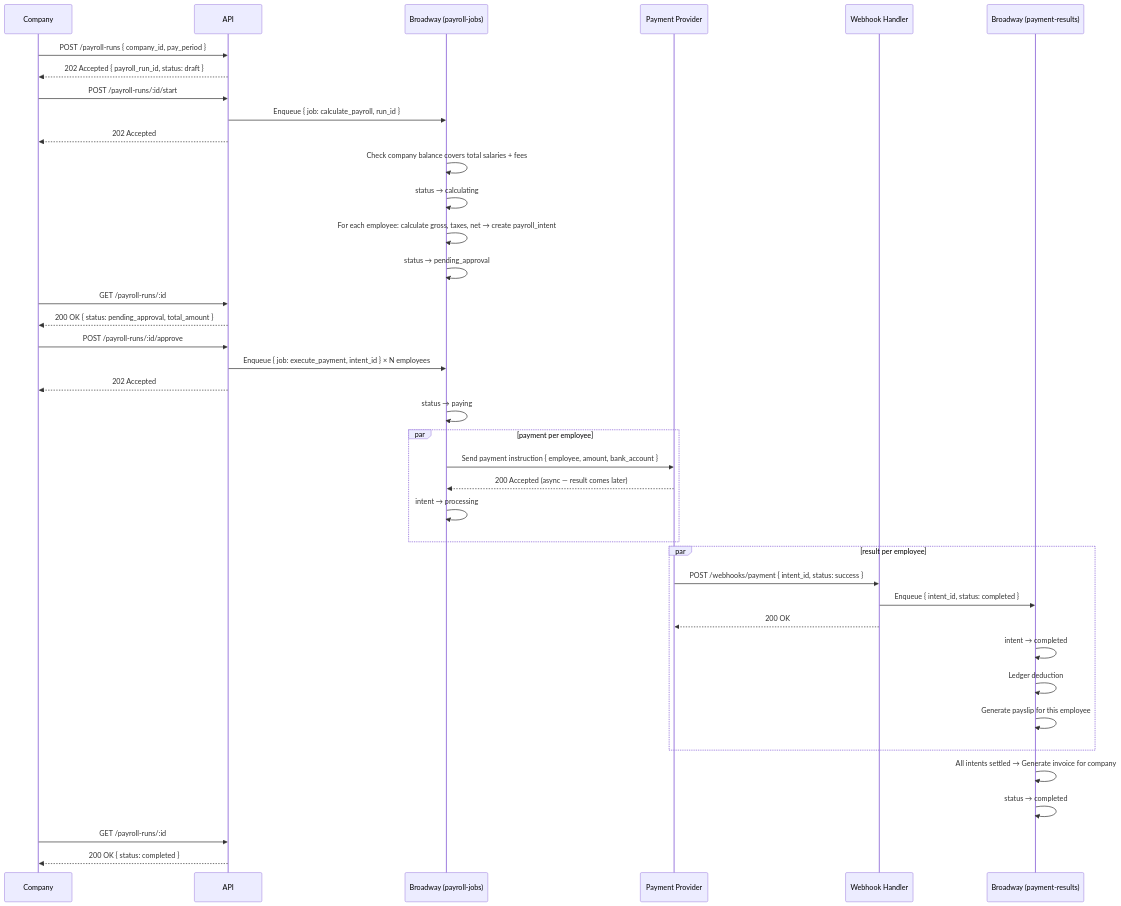
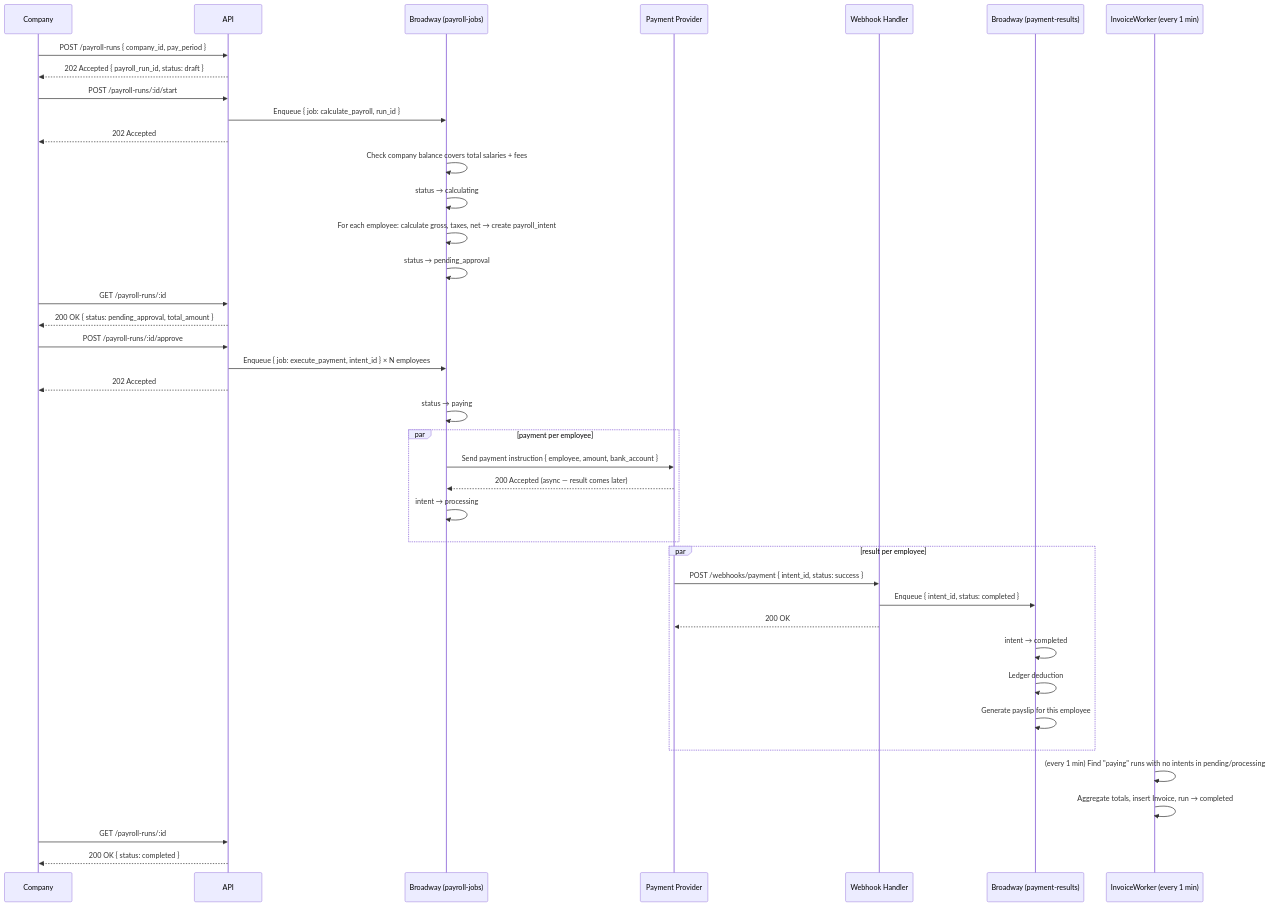
One commit to jpdealba/global_payroll changed the first of 4 diagrams in Docs/1.5- SEQUENCE.md. Above: the diagram before and after it, drawn with Mermaid. The commit also changed other lines of this file and 3 other files, not shown here.

Commit message:
Update documentation for requirements, sequence, API design, and architecture.

````diff
--- a/Docs/1.5- SEQUENCE.md
+++ b/Docs/1.5- SEQUENCE.md
@@ -5,56 +5,57 @@
 ```mermaid
 sequenceDiagram
     participant Company
     participant API
     participant Worker as Broadway (payroll-jobs)
     participant Provider as Payment Provider
     participant Webhook as Webhook Handler
     participant Results as Broadway (payment-results)
+    participant Invoice as InvoiceWorker (every 1 min)
 
     %% Company creates the payroll run
     Company->>API: POST /payroll-runs { company_id, pay_period }
     API-->>Company: 202 Accepted { payroll_run_id, status: draft }
 
     %% Company triggers calculation
     Company->>API: POST /payroll-runs/:id/start
     API->>Worker: Enqueue { job: calculate_payroll, run_id }
     API-->>Company: 202 Accepted
 
     %% Worker calculates in the background
     Worker->>Worker: Check company balance covers total salaries + fees
     Worker->>Worker: status → calculating
     Worker->>Worker: For each employee: calculate gross, taxes, net → create payroll_intent
     Worker->>Worker: status → pending_approval
 
     Company->>API: GET /payroll-runs/:id
     API-->>Company: 200 OK { status: pending_approval, total_amount }
 
     %% Company approves — one message per intent enqueued
     Company->>API: POST /payroll-runs/:id/approve
     API->>Worker: Enqueue { job: execute_payment, intent_id } × N employees
     API-->>Company: 202 Accepted
     Worker->>Worker: status → paying
 
     %% Broadway processes each intent independently
     par payment per employee
         Worker->>Provider: Send payment instruction { employee, amount, bank_account }
         Provider-->>Worker: 200 Accepted (async — result comes later)
         Worker->>Worker: intent → processing
     end
 
     %% Provider calls our webhook when each payment settles
     par result per employee
         Provider->>Webhook: POST /webhooks/payment { intent_id, status: success }
         Webhook->>Results: Enqueue { intent_id, status: completed }
         Webhook-->>Provider: 200 OK
         Results->>Results: intent → completed
         Results->>Results: Ledger deduction
         Results->>Results: Generate payslip for this employee
     end
 
-    Results->>Results: All intents settled → Generate invoice for company
-    Results->>Results: status → completed
+    Invoice->>Invoice: (every 1 min) Find "paying" runs with no intents in pending/processing
+    Invoice->>Invoice: Aggregate totals, insert Invoice, run → completed
 
     Company->>API: GET /payroll-runs/:id
     API-->>Company: 200 OK { status: completed }
 ```
````
